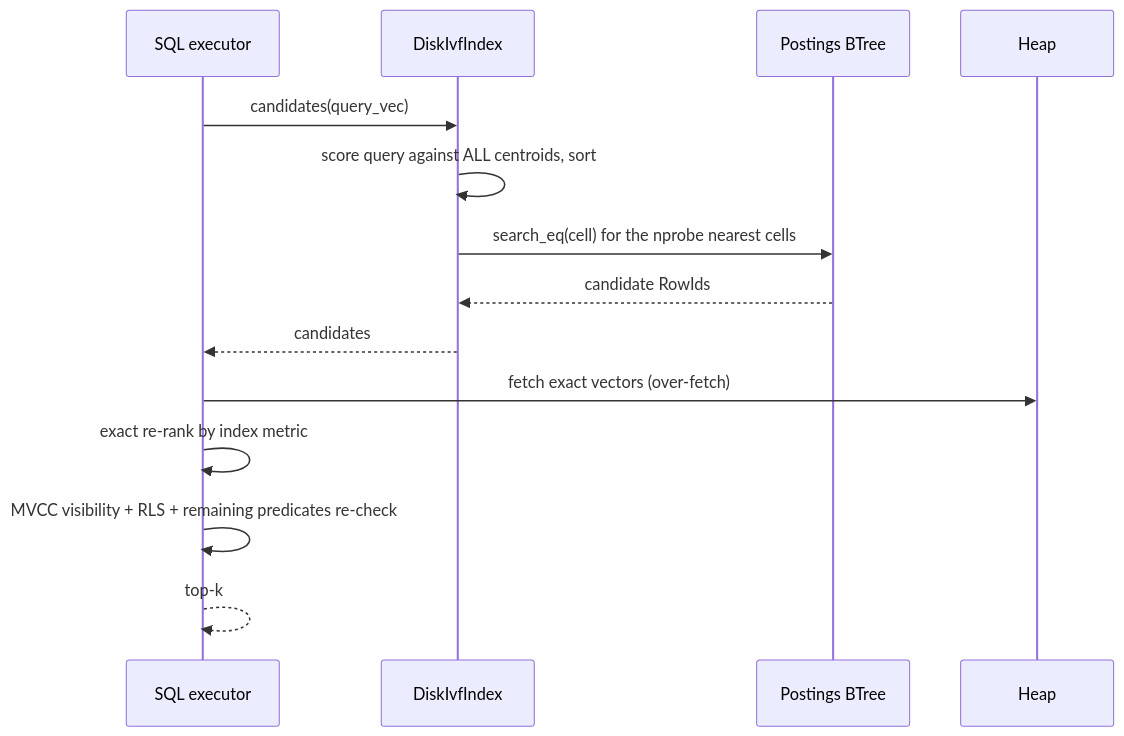
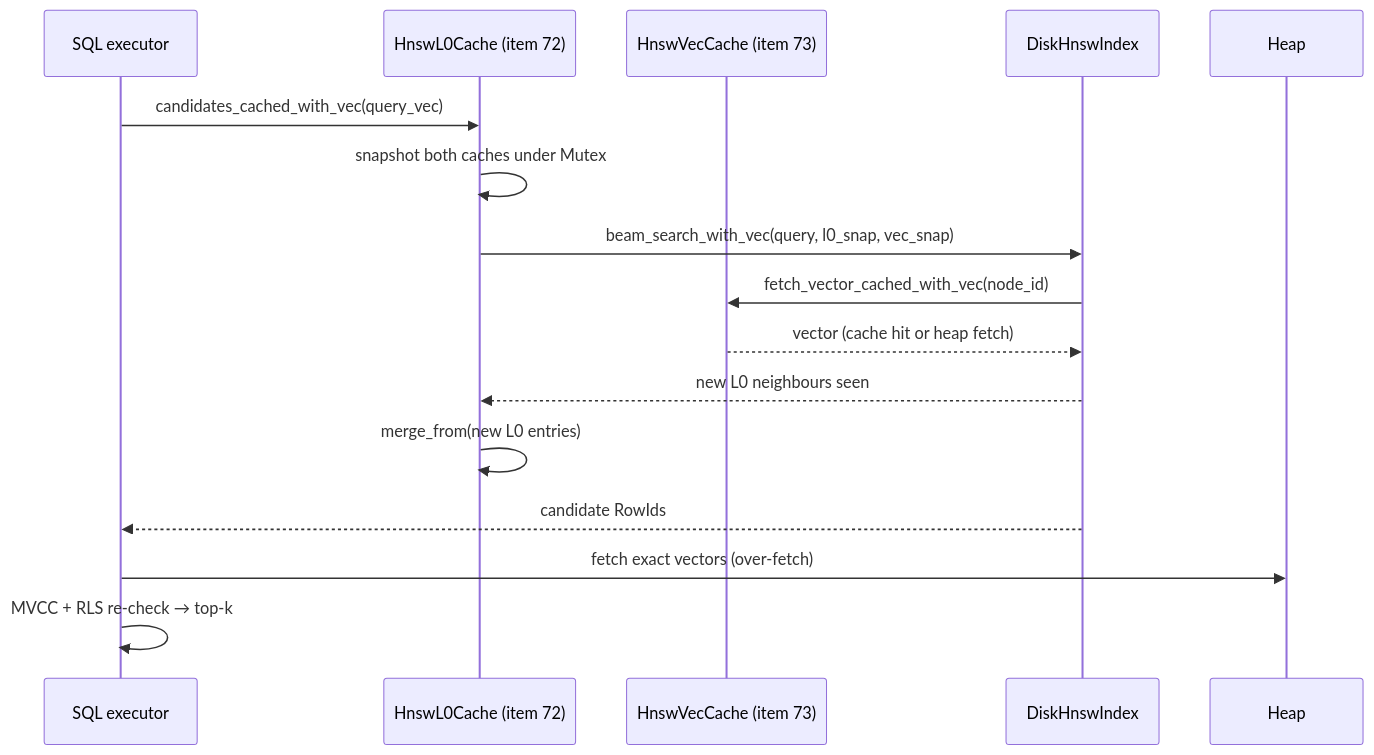
One commit to sagarm85/unidb changed the second of 2 diagrams in docs/design/processing-engines/07_vector_engine.md. Above: the diagram before and after it, drawn with Mermaid. The commit also changed other lines of this file and 10 other files, not shown here.

First line of the commit message:
docs(processing-engines): comprehensive overhaul — diagrams, items 71–99, perf numbers

````diff
--- a/docs/design/processing-engines/07_vector_engine.md
+++ b/docs/design/processing-engines/07_vector_engine.md
@@ -67,16 +89,19 @@
 ```mermaid
 sequenceDiagram
     participant Ex as SQL executor
-    participant IVF as DiskIvfIndex
-    participant BT as Postings BTree
+    participant HC as HnswL0Cache (item 72)
+    participant VC as HnswVecCache (item 73)
+    participant IDX as DiskHnswIndex
     participant H as Heap
-    Ex->>IVF: candidates(query_vec)
-    IVF->>IVF: score query against ALL centroids, sort
-    IVF->>BT: search_eq(cell) for the nprobe nearest cells
-    BT-->>IVF: candidate RowIds
-    IVF-->>Ex: candidates
+
+    Ex->>HC: candidates_cached_with_vec(query_vec)
+    HC->>HC: snapshot both caches under Mutex
+    HC->>IDX: beam_search_with_vec(query, l0_snap, vec_snap)
+    IDX->>VC: fetch_vector_cached_with_vec(node_id)
+    VC-->>IDX: vector (cache hit or heap fetch)
+    IDX-->>HC: new L0 neighbours seen
+    HC->>HC: merge_from(new L0 entries)
+    IDX-->>Ex: candidate RowIds
     Ex->>H: fetch exact vectors (over-fetch)
-    Ex->>Ex: exact re-rank by index metric
-    Ex->>Ex: MVCC visibility + RLS + remaining predicates re-check
-    Ex-->>Ex: top-k
+    Ex->>Ex: MVCC + RLS re-check → top-k
 ```
````
